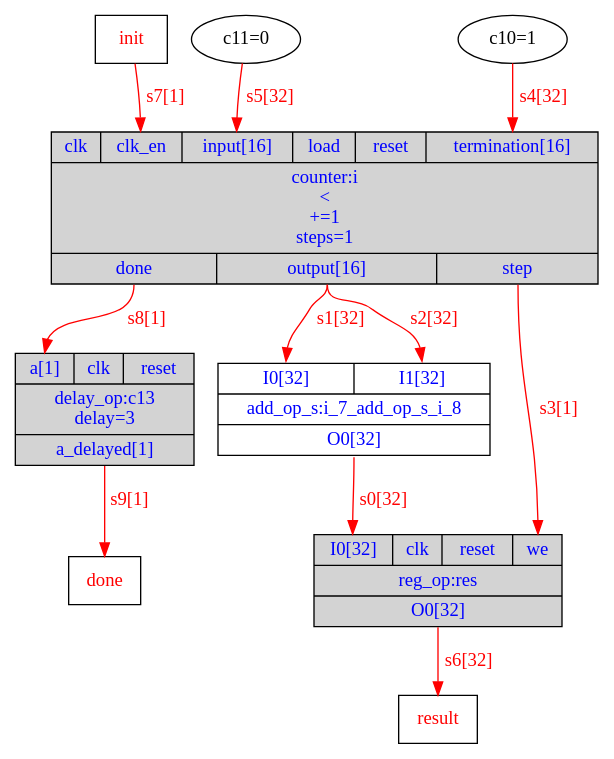
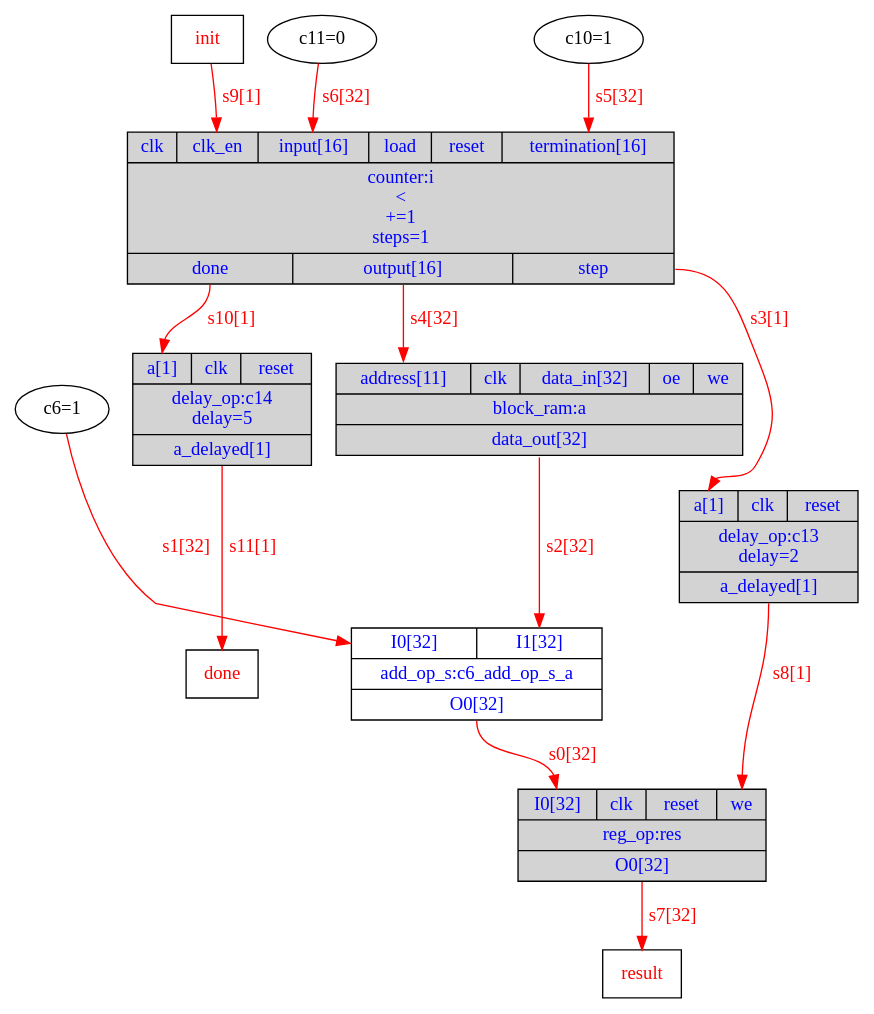
One commit to menotti/lalp changed the diagram in branches/LALPC/Exemplos/somaIndice/DOT/Exemplo_HW.dot. Above: the diagram before and after it, drawn with Graphviz. The commit also changed 31 other files, not shown here.

```diff
--- a/branches/LALPC/Exemplos/somaIndice/DOT/Exemplo_HW.dot
+++ b/branches/LALPC/Exemplos/somaIndice/DOT/Exemplo_HW.dot
@@ -1,18 +1,22 @@
 digraph diagram {
 // Components (Nodes) 
 "i" [shape=record, fontcolor=blue, style="filled", fillcolor="lightgray", label="{{<clk>clk|<clk_en>clk_en|<input>input[16]|<load>load|<reset>reset|<termination>termination[16]}|counter:i\n\<\n+=1\nsteps=1|{<done>done|<output>output[16]|<step>step}}"]; 
 "res" [shape=record, fontcolor=blue, style="filled", fillcolor="lightgray", label="{{<I0>I0[32]|<clk>clk|<reset>reset|<we>we}|reg_op:res|{<O0>O0[32]}}"]; 
-"i_7_add_op_s_i_8" [shape=record, fontcolor=blue, label="{{<I0>I0[32]|<I1>I1[32]}|add_op_s:i_7_add_op_s_i_8|{<O0>O0[32]}}"]; 
-"init" [shape=msquare fontcolor=red label="init"]"done" [shape=msquare fontcolor=red label="done"]"c10" [fontcolor=b label="c10=1"]"c11" [fontcolor=b label="c11=0"]"result" [shape=msquare fontcolor=red label="result"]"c13" [shape=record, fontcolor=blue, style="filled", fillcolor="lightgray", label="{{<a>a[1]|<clk>clk|<reset>reset}|delay_op:c13\ndelay=3|{<a_delayed>a_delayed[1]}}"]; 
+"c6_add_op_s_a" [shape=record, fontcolor=blue, label="{{<I0>I0[32]|<I1>I1[32]}|add_op_s:c6_add_op_s_a|{<O0>O0[32]}}"]; 
+"c6" [fontcolor=b label="c6=1"]"a" [shape=record, fontcolor=blue, style="filled", fillcolor="lightgray", label="{{<address>address[11]|<clk>clk|<data_in>data_in[32]|<oe>oe|<we>we}|block_ram:a|{<data_out>data_out[32]}}"]; 
+"init" [shape=msquare fontcolor=red label="init"]"done" [shape=msquare fontcolor=red label="done"]"c10" [fontcolor=b label="c10=1"]"c11" [fontcolor=b label="c11=0"]"result" [shape=msquare fontcolor=red label="result"]"c13" [shape=record, fontcolor=blue, style="filled", fillcolor="lightgray", label="{{<a>a[1]|<clk>clk|<reset>reset}|delay_op:c13\ndelay=2|{<a_delayed>a_delayed[1]}}"]; 
+"c14" [shape=record, fontcolor=blue, style="filled", fillcolor="lightgray", label="{{<a>a[1]|<clk>clk|<reset>reset}|delay_op:c14\ndelay=5|{<a_delayed>a_delayed[1]}}"]; 
 // Signals (Edges) 
-"i_7_add_op_s_i_8":O0 -> "res":I0[label="s0[32]" color=red fontcolor=red]; 
-"i":output -> "i_7_add_op_s_i_8":I0[label="s1[32]" color=red fontcolor=red]; 
-"i":output -> "i_7_add_op_s_i_8":I1[label="s2[32]" color=red fontcolor=red]; 
-"i":step -> "res":we[label="s3[1]" color=red fontcolor=red]; 
-"c10":out -> "i":termination[label="s4[32]" color=red fontcolor=red]; 
-"c11":out -> "i":input[label="s5[32]" color=red fontcolor=red]; 
-"res":O0 -> "result":in[label="s6[32]" color=red fontcolor=red]; 
-"init":out -> "i":clk_en[label="s7[1]" color=red fontcolor=red]; 
-"i":done -> "c13":a[label="s8[1]" color=red fontcolor=red]; 
-"c13":a_delayed -> "done":in[label="s9[1]" color=red fontcolor=red]; 
+"c6_add_op_s_a":O0 -> "res":I0[label="s0[32]" color=red fontcolor=red]; 
+"c6":out -> "c6_add_op_s_a":I0[label="s1[32]" color=red fontcolor=red]; 
+"a":data_out -> "c6_add_op_s_a":I1[label="s2[32]" color=red fontcolor=red]; 
+"i":step -> "c13":a[label="s3[1]" color=red fontcolor=red]; 
+"i":output -> "a":address[label="s4[32]" color=red fontcolor=red]; 
+"c10":out -> "i":termination[label="s5[32]" color=red fontcolor=red]; 
+"c11":out -> "i":input[label="s6[32]" color=red fontcolor=red]; 
+"res":O0 -> "result":in[label="s7[32]" color=red fontcolor=red]; 
+"c13":a_delayed -> "res":we[label="s8[1]" color=red fontcolor=red]; 
+"init":out -> "i":clk_en[label="s9[1]" color=red fontcolor=red]; 
+"i":done -> "c14":a[label="s10[1]" color=red fontcolor=red]; 
+"c14":a_delayed -> "done":in[label="s11[1]" color=red fontcolor=red]; 
 }
```
